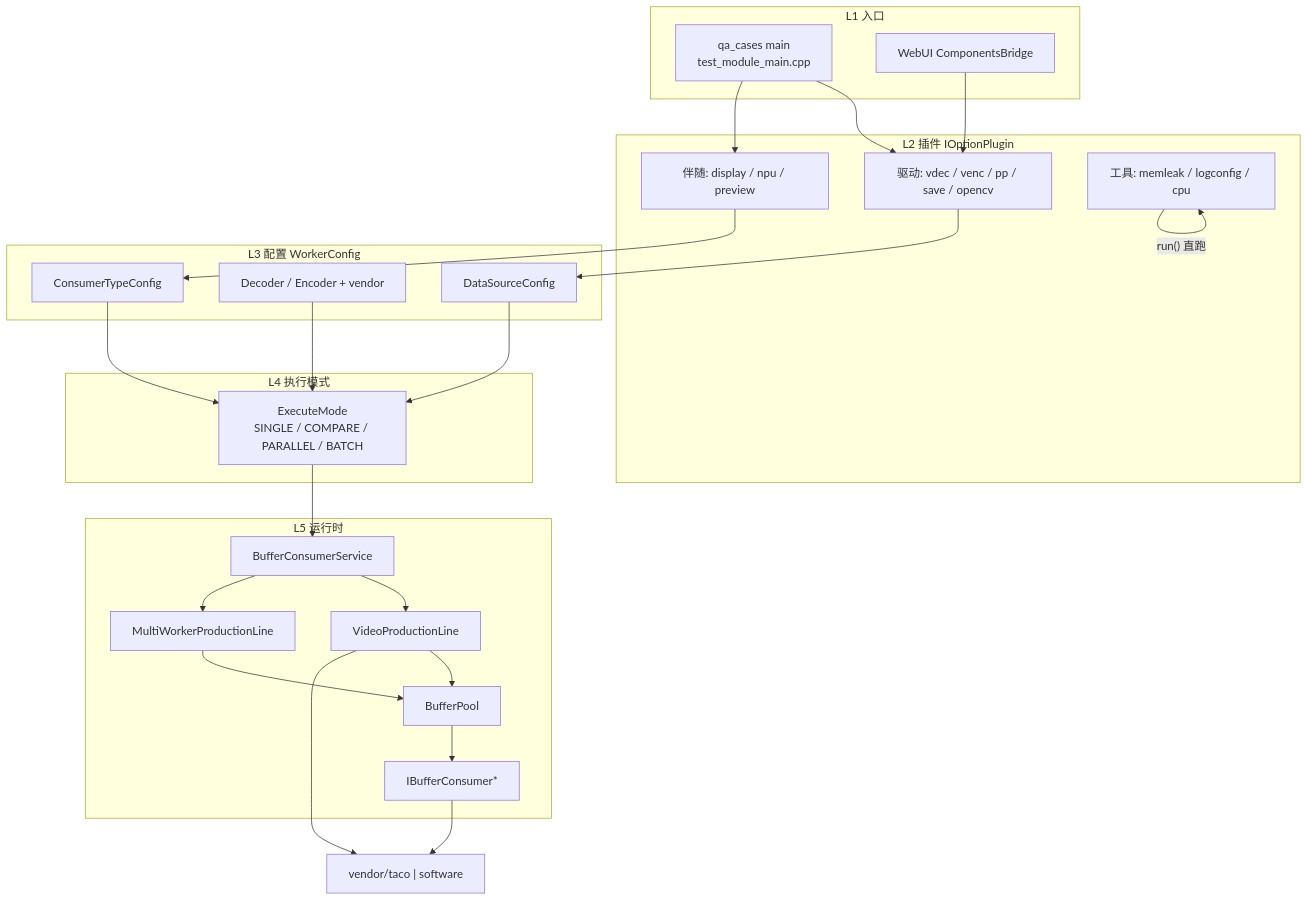
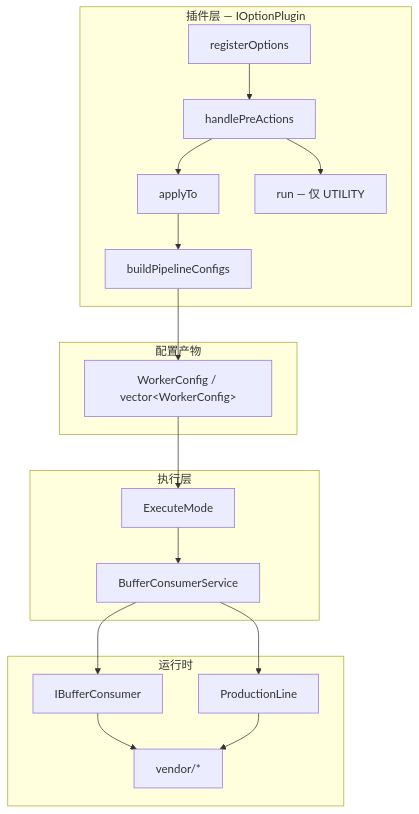
Before and after one commit to luoxiafeng-1990/components: the diagram in doc/wiki/Home.md, drawn with Mermaid. The commit also changed other lines of this file and 4 other files, not shown here.

````diff
--- a/doc/wiki/Home.md
+++ b/doc/wiki/Home.md
@@ -23,51 +20,31 @@
 ```mermaid
 flowchart TB
-  subgraph L1["L1 入口"]
-    CLI["qa_cases main<br/>test_module_main.cpp"]
-    WEB["WebUI ComponentsBridge"]
+  subgraph PluginLayer["插件层 — IOptionPlugin"]
+    REG["registerOptions"]
+    PRE["handlePreActions"]
+    APP["applyTo"]
+    BLD["buildPipelineConfigs"]
+    RUN["run — 仅 UTILITY"]
   end
 
-  subgraph L2["L2 插件 IOptionPlugin"]
-    DRV["驱动: vdec / venc / pp / save / opencv"]
-    CMP["伴随: display / npu / preview"]
-    UTL["工具: memleak / logconfig / cpu"]
+  subgraph Config["配置产物"]
+    WC["WorkerConfig / vector&lt;WorkerConfig&gt;"]
   end
 
-  subgraph L3["L3 配置 WorkerConfig"]
-    DS["DataSourceConfig"]
-    DE["Decoder / Encoder + vendor"]
-    CT["ConsumerTypeConfig"]
+  subgraph Exec["执行层"]
+    EM["ExecuteMode"]
+    BCS["BufferConsumerService"]
   end
 
-  subgraph L4["L4 执行模式"]
-    EM["ExecuteMode<br/>SINGLE / COMPARE / PARALLEL / BATCH"]
+  subgraph RT["运行时"]
+    PL["ProductionLine"]
+    CONS["IBufferConsumer"]
+    VEN["vendor/*"]
   end
 
-  subgraph L5["L5 运行时"]
-    BCS["BufferConsumerService"]
-    VPL["VideoProductionLine"]
-    MWL["MultiWorkerProductionLine"]
-    POOL["BufferPool"]
-    CONS["IBufferConsumer*"]
-  end
-
-  VENDOR["vendor/taco | software"]
-
-  CLI --> DRV
-  WEB --> DRV
-  CLI --> CMP
-  DRV --> DS
-  CMP --> CT
-  UTL -->|"run() 直跑"| UTL
-  DS --> EM
-  DE --> EM
-  CT --> EM
-  EM --> BCS
-  BCS --> VPL
-  BCS --> MWL
-  VPL --> POOL
-  MWL --> POOL
-  POOL --> CONS
-  CONS --> VENDOR
-  VPL --> VENDOR
+  REG --> PRE --> APP --> BLD --> WC
+  PRE --> RUN
+  WC --> EM --> BCS --> PL
+  BCS --> CONS --> VEN
+  PL --> VEN
 ```
````
